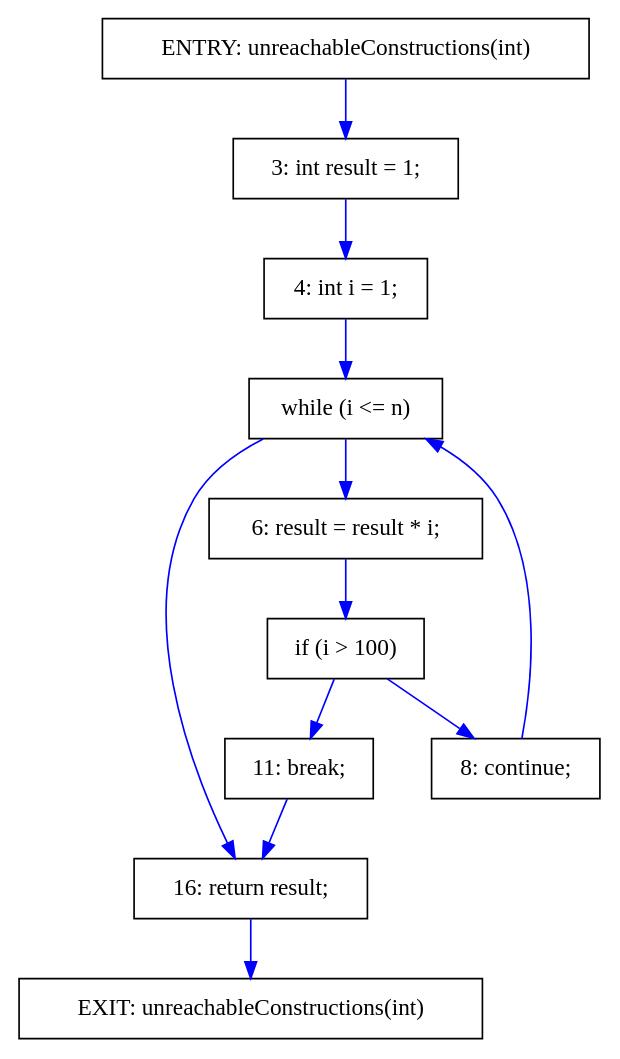
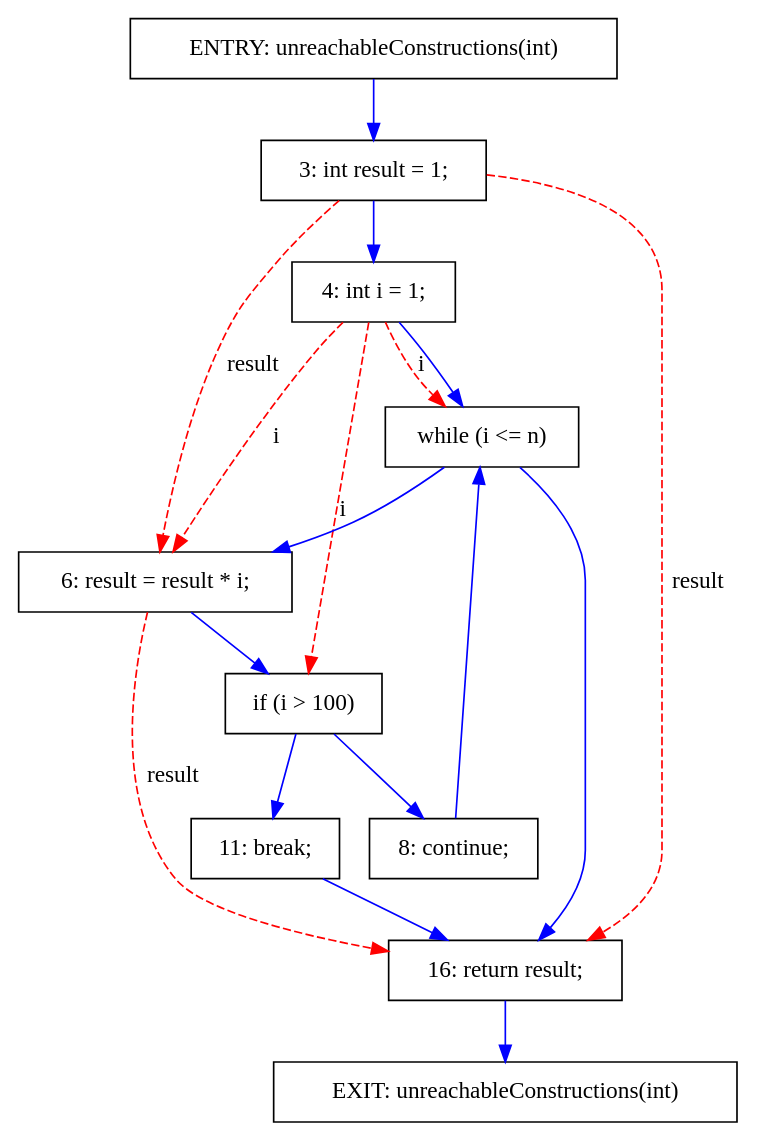
One commit to khaser/java-pdg changed the diagram in results/UnreachableConstructions.dot. Above: the diagram before and after it, drawn with Graphviz. The commit also changed 19 other files, not shown here.

```diff
--- a/results/UnreachableConstructions.dot
+++ b/results/UnreachableConstructions.dot
@@ -1,27 +1,33 @@
 digraph PDG {
   rankdir=TB;
   node [shape=box];
 
   node0 [label="ENTRY: unreachableConstructions(int)"];
   node1 [label="EXIT: unreachableConstructions(int)"];
   node2 [label="3: int result = 1;"];
   node3 [label="4: int i = 1;"];
   node4 [label="while (i <= n)"];
   node5 [label="6: result = result * i;"];
   node6 [label="if (i > 100)"];
   node7 [label="8: continue;"];
   node9 [label="11: break;"];
   node12 [label="16: return result;"];
 
   node6 -> node7 [label="", color=blue];
   node6 -> node9 [label="", color=blue];
   node4 -> node5 [label="", color=blue];
   node0 -> node2 [label="", color=blue];
   node2 -> node3 [label="", color=blue];
   node3 -> node4 [label="", color=blue];
   node4 -> node12 [label="", color=blue];
   node5 -> node6 [label="", color=blue];
   node7 -> node4 [label="", color=blue];
   node9 -> node12 [label="", color=blue];
   node12 -> node1 [label="", color=blue];
+  node2 -> node5 [label="result", color=red, style=dashed];
+  node2 -> node12 [label="result", color=red, style=dashed];
+  node5 -> node12 [label="result", color=red, style=dashed];
+  node3 -> node4 [label="i", color=red, style=dashed];
+  node3 -> node5 [label="i", color=red, style=dashed];
+  node3 -> node6 [label="i", color=red, style=dashed];
 }
```
